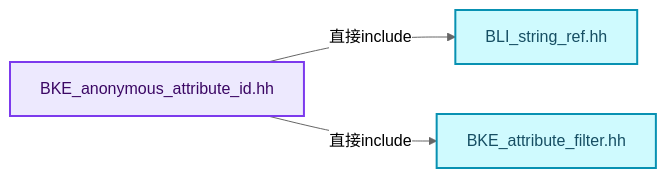
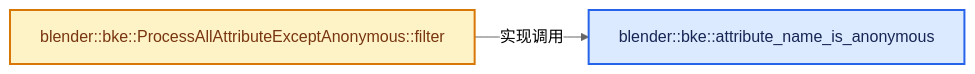
One commit to yunkezengren/blender-.vscode changed the second of 4 diagrams in 杂/markdown/全面学习-codex/10-引用生命周期与Closure/01-匿名属性与引用问题.md. Above: the diagram before and after it, drawn with Mermaid (neutral theme). The commit also changed other lines of this file and 1930 other files, not shown here.

````diff
--- a/杂/markdown/全面学习-codex/10-引用生命周期与Closure/01-匿名属性与引用问题.md
+++ b/杂/markdown/全面学习-codex/10-引用生命周期与Closure/01-匿名属性与引用问题.md
@@ -83,14 +46,12 @@
 ```mermaid
 flowchart LR
-  S["BKE_anonymous_attribute_id.hh"]:::abstraction
-  I0["BLI_string_ref.hh"]:::data
-  I1["BKE_attribute_filter.hh"]:::data
-  S -->|"直接include"| I0
-  S -->|"直接include"| I1
+  F0["blender::bke::attribute_name_is_anonymous"]:::input
+  F1["blender::bke::ProcessAllAttributeExceptAnonymous::filter"]:::compute
+  F1 -->|"实现调用"| F0
   classDef input fill:#DBEAFE,stroke:#2563EB,color:#172554,stroke-width:2px;
   classDef data fill:#CFFAFE,stroke:#0891B2,color:#164E63,stroke-width:2px;
   classDef abstraction fill:#EDE9FE,stroke:#7C3AED,color:#3B0764,stroke-width:2px;
   classDef compute fill:#FEF3C7,stroke:#D97706,color:#78350F,stroke-width:2px;
   classDef result fill:#DCFCE7,stroke:#16A34A,color:#14532D,stroke-width:2px;
   classDef error fill:#FEE2E2,stroke:#DC2626,color:#7F1D1D,stroke-width:2px;
 ```
````
